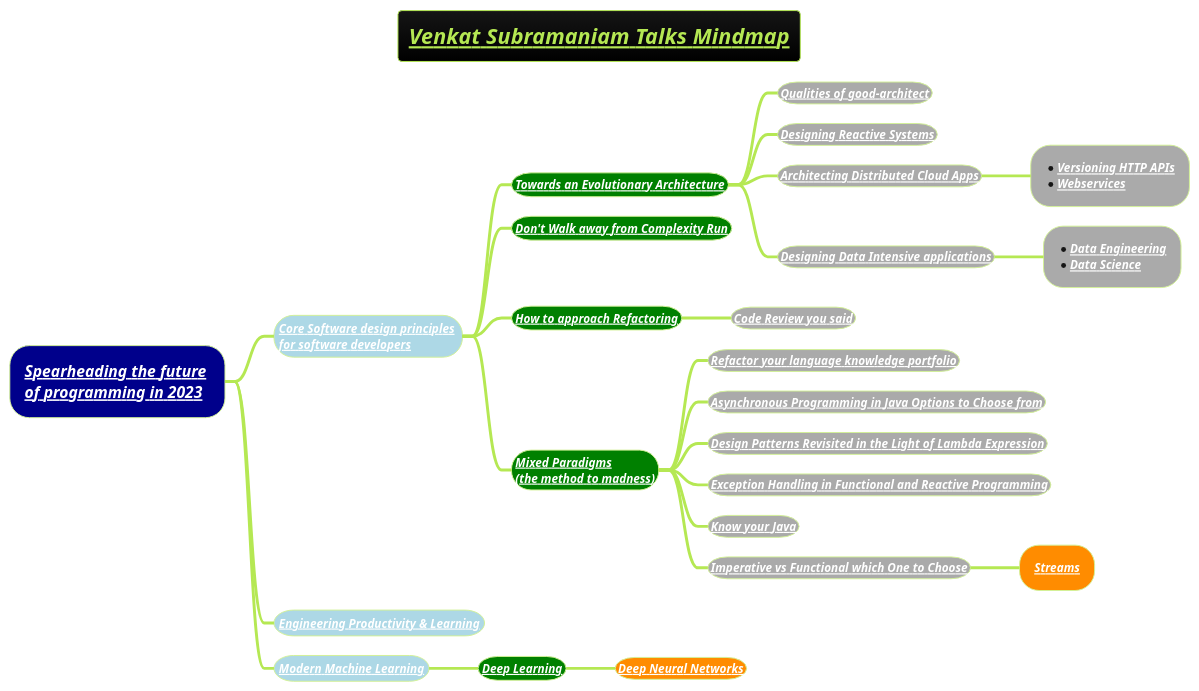
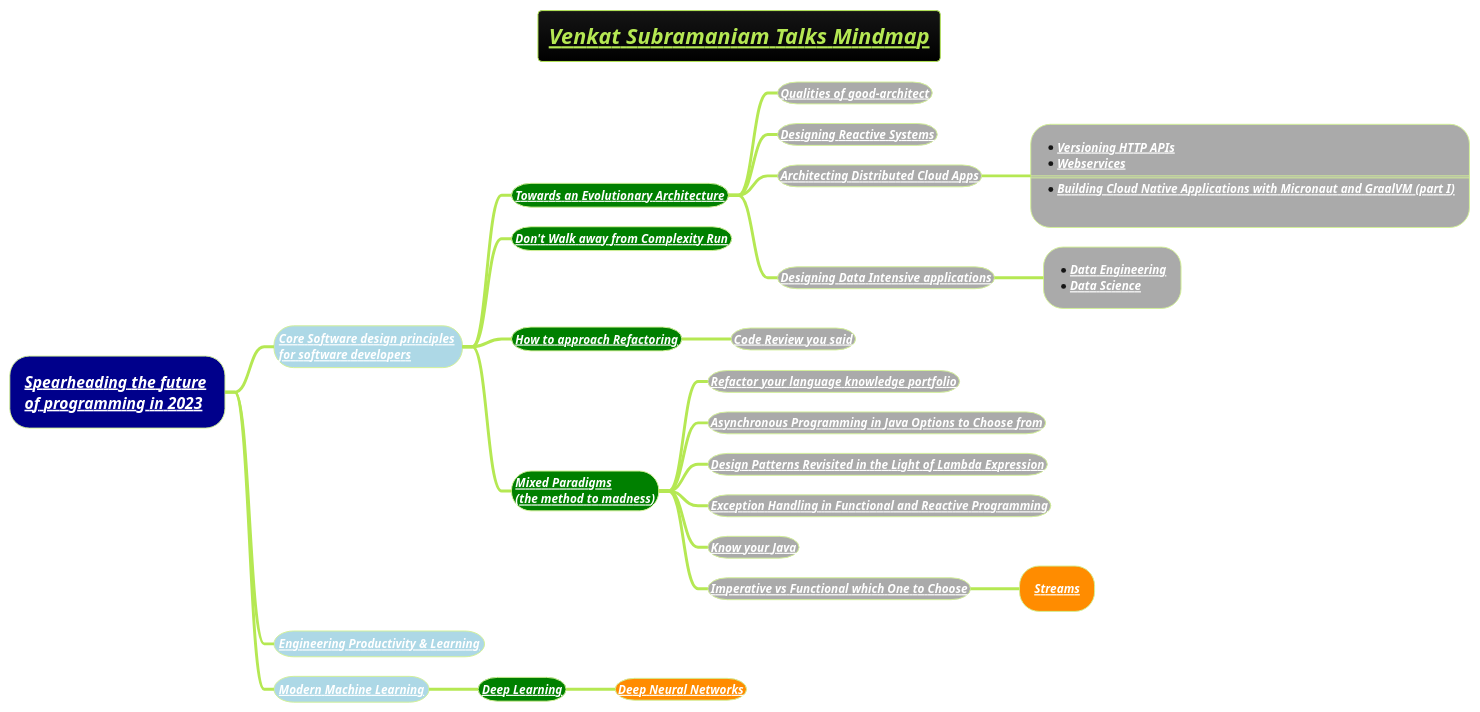
Before and after one commit to MehmoodHashmi/Documentation-as-Code-DaC: the diagram in docs/3-programming-languages/Venkat-Subramaniam/venkat-talks-mindmap.puml, drawn with PlantUML. The commit also changed 3 other files, not shown here.

```diff
--- a/docs/3-programming-languages/Venkat-Subramaniam/venkat-talks-mindmap.puml
+++ b/docs/3-programming-languages/Venkat-Subramaniam/venkat-talks-mindmap.puml
@@ -1,30 +1,34 @@
 @startmindmap
 title =<i><b><u><size:18>Venkat Subramaniam Talks Mindmap
 !theme hacker
 
 *[#darkblue] <i><color #black>[[docs/3-programming-languages/Venkat-Subramaniam/Spearheading-the-future-of-programming-2023.puml Spearheading the future]] \n<i><color #black>[[docs/3-programming-languages/Venkat-Subramaniam/Spearheading-the-future-of-programming-2023.puml of programming in 2023]]
 **[#lightblue] <color:white><i><size:12>[[docs/3-programming-languages/Venkat-Subramaniam/Core-Software-design-principles-for-software-developers.puml Core Software design principles]] \n<color:white><i><size:12>[[docs/3-programming-languages/Venkat-Subramaniam/Core-Software-design-principles-for-software-developers.puml for software developers ]]
 ***[#green] <b><i><color #black><size:12>[[docs/3-programming-languages/Venkat-Subramaniam/Towards-an-Evolutionary-Architecture.puml Towards an Evolutionary Architecture]]
 ****[#a] <b><i><color #black><size:12>[[docs/3-programming-languages/Venkat-Subramaniam/Qualities-of-good-architect.puml Qualities of good-architect]]
 ****[#a] <b><i><color #black><size:12>[[docs/3-programming-languages/Venkat-Subramaniam/Designing-Reactive-Systems.puml Designing Reactive Systems]]
 ****[#a] <b><i><color #black><size:12>[[docs/3-programming-languages/Venkat-Subramaniam/Architecting-Distributed-Cloud-Apps.puml Architecting Distributed Cloud Apps]]
-*****[#a] *<b><i><color #black><size:12>[[docs/3-programming-languages/Venkat-Subramaniam/Architecting-Distributed-Cloud-Apps.puml Versioning HTTP APIs]] \n*<b><i><color #black><size:12>[[docs/3-programming-languages/Venkat-Subramaniam/webservice.puml Webservices]]
+*****[#a]:*<b><i><color #black><size:12>[[docs/3-programming-languages/Venkat-Subramaniam/Architecting-Distributed-Cloud-Apps.puml Versioning HTTP APIs]]
+*<b><i><color #black><size:12>[[docs/3-programming-languages/Venkat-Subramaniam/webservice.puml Webservices]]
+====
+*<b><i><color #black><size:12>[[docs/3-programming-languages/Venkat-Subramaniam/webservice.puml Building Cloud Native Applications with Micronaut and GraalVM (part I)]]
+;
 ****[#a] <b><i><color #black><size:12>[[docs/books/1-books-backlog/DBMS/Designing-Data-Intensive-Applications.puml Designing Data Intensive applications]]
 *****[#a] *<b><i><color #black><size:12>[[docs/AI-ML-DL-Data-Science-and-BigData/data-science/data-engineering/Data-Engineering.puml Data Engineering]] \n*<b><i><color #black><size:12>[[docs/AI-ML-DL-Data-Science-and-BigData/data-science/Data-Science.puml Data Science]]
 ***[#green] <b><i><color #black><size:12>[[docs/3-programming-languages/Venkat-Subramaniam/Do-not-Walk-Away-From-Complexity-Run.puml Don't Walk away from Complexity Run]]
 ***[#green] <b><i><color #black><size:12>[[docs/3-programming-languages/Venkat-Subramaniam/how-to-approach-refactoring.puml How to approach Refactoring]]
 ****[#a] <b><i><color #black><size:12>[[docs/3-programming-languages/Venkat-Subramaniam/Code-Review-you-said.puml Code Review you said]]
 ***[#green] <b><i><color #black><size:12>[[docs/3-programming-languages/Venkat-Subramaniam/mixed-paradigms-(the-method-to-madness).puml Mixed Paradigms]] \n<b><i><color #black><size:12>[[docs/3-programming-languages/Venkat-Subramaniam/mixed-paradigms-(the-method-to-madness).puml (the method to madness)]]
 ****[#a] <b><i><color #black><size:12>[[docs/3-programming-languages/Venkat-Subramaniam/Refactor-your-language-knowledge-portfolio-(we-are-what-we-can-code-in).puml Refactor your language knowledge portfolio]]
 ****[#a] <b><i><color #black><size:12>[[docs/3-programming-languages/Venkat-Subramaniam/Asynchronous-Programming-in-Java-Options-to-Choose-from.puml Asynchronous Programming in Java Options to Choose from]]
 ****[#a] <b><i><color #black><size:12>[[docs/3-programming-languages/Venkat-Subramaniam/Design-Patterns-revisited-in-the-Light-of-Lambda-Expression.puml Design Patterns Revisited in the Light of Lambda Expression]]
 ****[#a] <b><i><color #black><size:12>[[docs/3-programming-languages/Venkat-Subramaniam/Exception-Handling-in-Functional-and-Reactive-Programming.puml Exception Handling in Functional and Reactive Programming]]
 ****[#a] <b><i><color #black><size:12>[[docs/3-programming-languages/Venkat-Subramaniam/Know-your-java-venkat.puml Know your Java]]
 ****[#a] <b><i><color #black><size:12>[[docs/3-programming-languages/Venkat-Subramaniam/Imperative-vs-Functional-Which-one-to-Choose.puml Imperative vs Functional which One to Choose]]
 *****[#darkorange] <b><i><color #black><size:12>[[docs/3-programming-languages/Venkat-Subramaniam/Streams.puml Streams]]
 **[#lightblue] <b><i><color #black><size:12>[[docs/3-programming-languages/Venkat-Subramaniam/Engineering-Productivity-and-Learning.puml Engineering Productivity & Learning]]
 **[#lightblue] <b><i><color #black><size:12>[[docs/AI-ML-DL-Data-Science-and-BigData/machine-learning-ML/Modern-Machine-Learning.puml Modern Machine Learning]]
 ***[#green] <b><i><color #black><size:12>[[docs/AI-ML-DL-Data-Science-and-BigData/machine-learning-ML/3-deep-learning-DL/Deep-Learning.puml Deep Learning]]
 ****[#darkorange] <b><i><color #black><size:12>[[docs/AI-ML-DL-Data-Science-and-BigData/machine-learning-ML/3-deep-learning-DL/Neural-Network-Architecture.puml Deep Neural Networks]]
 
 @endmindmap
```
